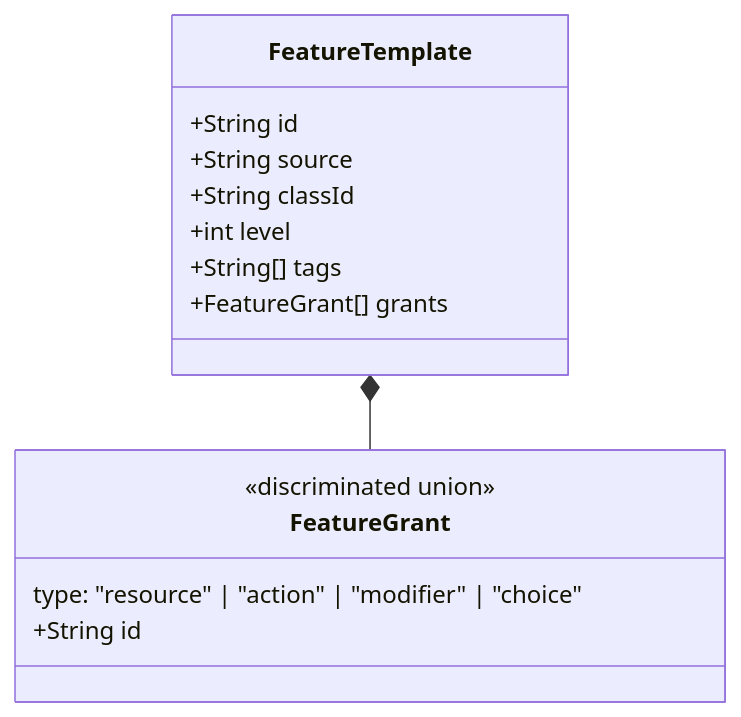
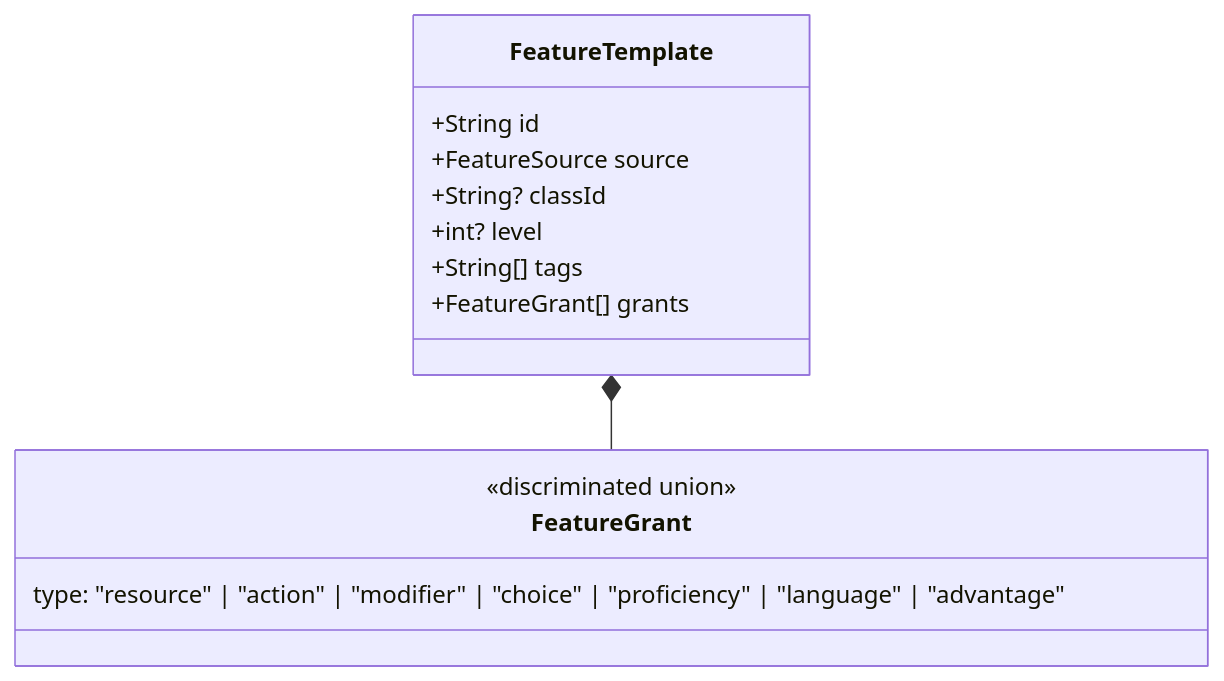
The third of 7 diagrams in docs/domain-model.md (JaredReyes107/DnD-Companion), drawn with Mermaid before and after one commit. The commit also changed other lines of this file and 241 other files, not shown here.

````diff
--- a/docs/domain-model.md
+++ b/docs/domain-model.md
@@ -130,19 +171,18 @@
 ```mermaid
 classDiagram
     class FeatureTemplate {
         +String id
-        +String source
-        +String classId
-        +int level
+        +FeatureSource source
+        +String? classId
+        +int? level
         +String[] tags
         +FeatureGrant[] grants
     }
 
     class FeatureGrant {
         <<discriminated union>>
-        type: "resource" | "action" | "modifier" | "choice"
-        +String id
+        type: "resource" | "action" | "modifier" | "choice" | "proficiency" | "language" | "advantage"
     }
 
     FeatureTemplate *-- FeatureGrant
 ```
````
